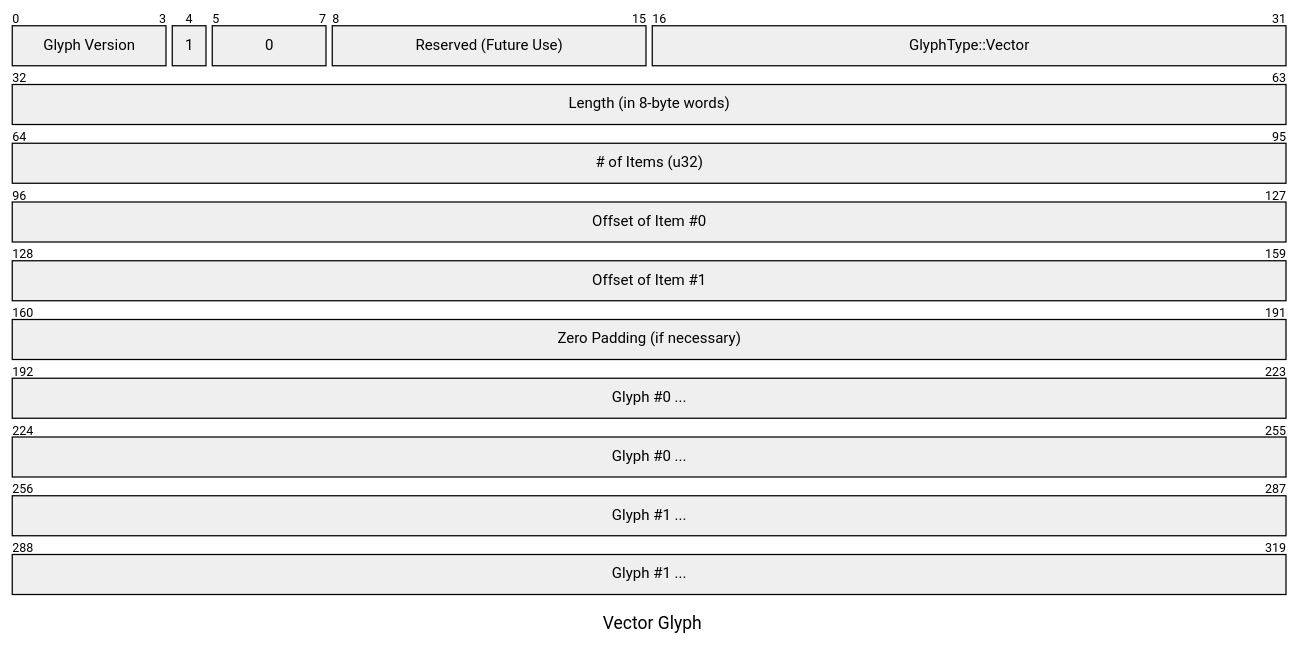
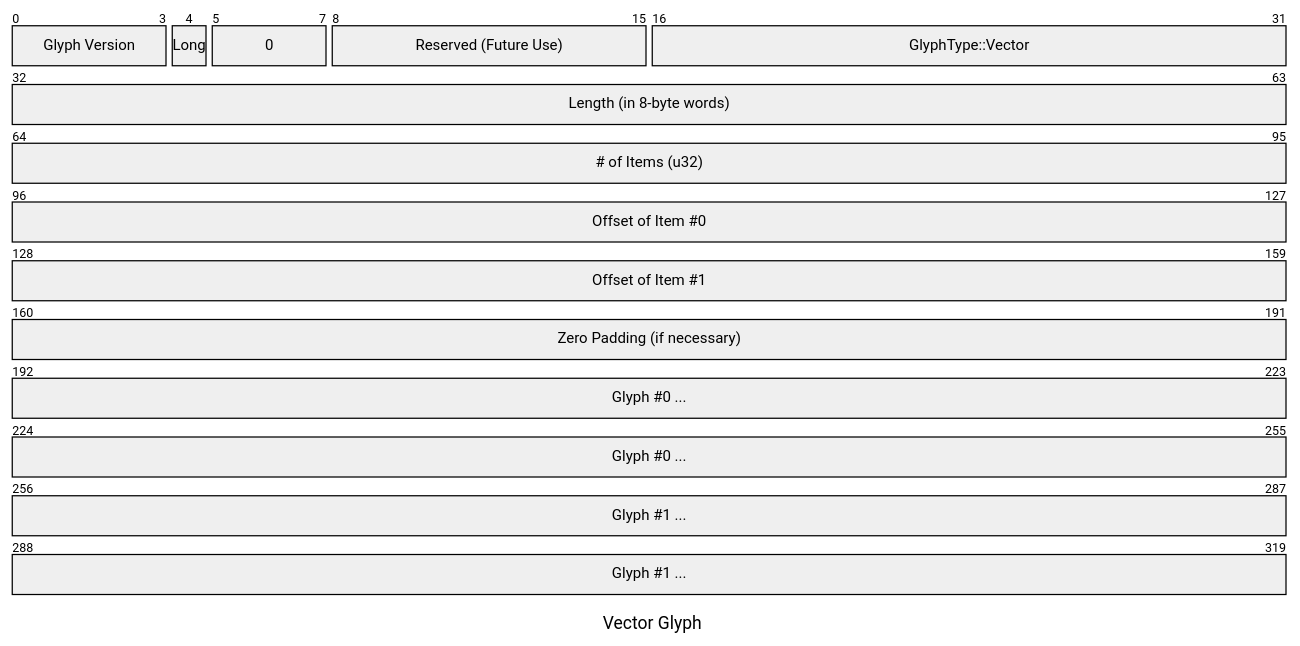
One commit to elara-themica/glifs-contributor-guide changed diagram 11 of 15 in src/binary_formats.md. Above: the diagram before and after it, drawn with Mermaid. The commit also changed other lines of this file, not shown here.

````diff
--- a/src/binary_formats.md
+++ b/src/binary_formats.md
@@ -252,18 +312,18 @@
 ```mermaid
 ---
 title: "Vector Glyph"
 ---
 packet-beta
 0-3: "Glyph Version"
-4: "1"
+4: "Long"
 5-7: "0"
 8-15: "Reserved (Future Use)"
 16-31: "GlyphType::Vector"
 32-63: "Length (in 8-byte words)"
 64-95: "# of Items (u32)"
 96-127: "Offset of Item #0"
 128-159: "Offset of Item #1"
 160-191: "Zero Padding (if necessary)"
 192-255: "Glyph #0 ..."
 256-319: "Glyph #1 ..."
 ```
````
